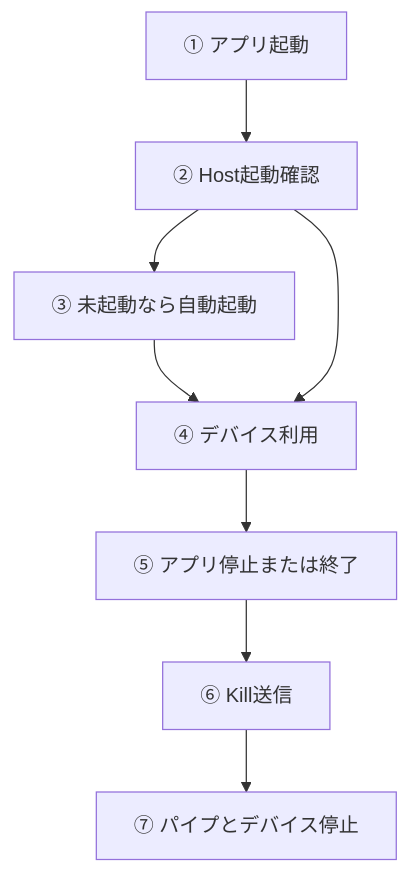
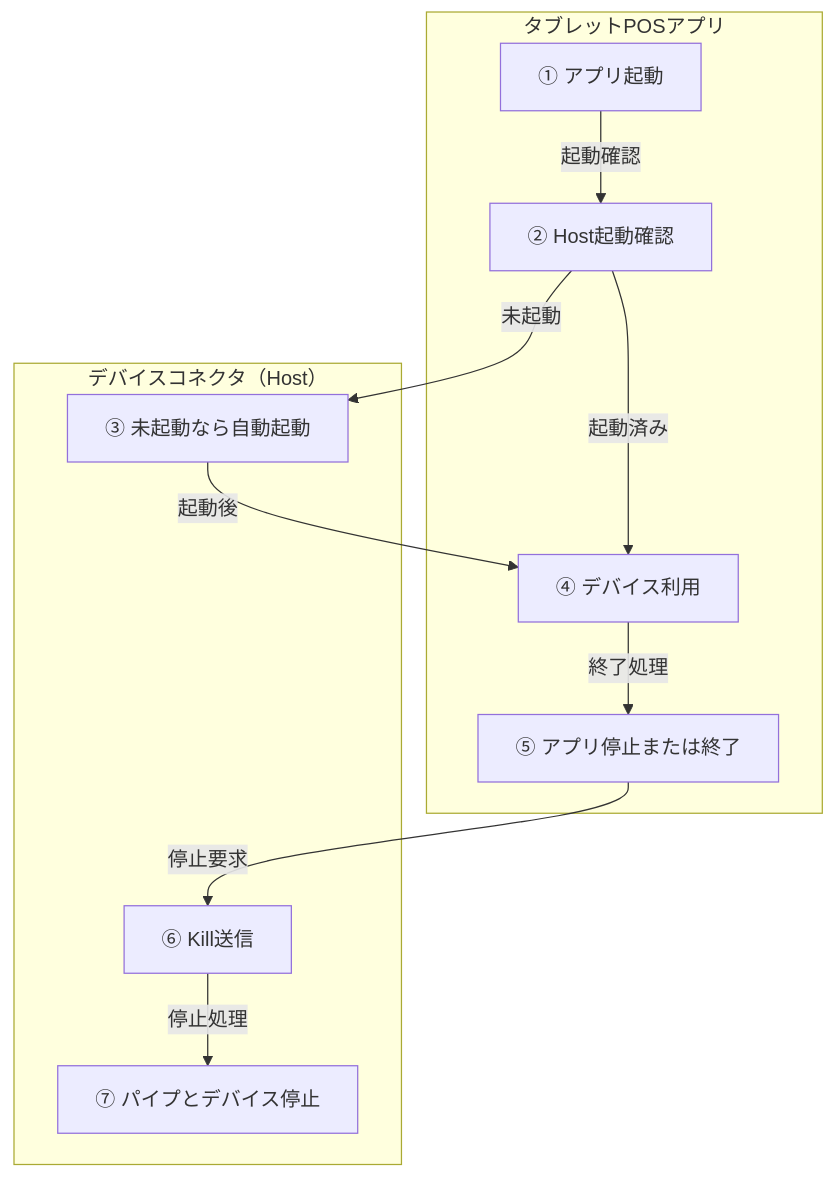
Before and after one commit to vti-sam/smj-ks-pos-stored: the third of 3 diagrams in artifacts/reports/architecture/ARCH-HOST-01_タブレットPOS_デバイスコネクタ基本設計書/ARCH-HOST-01_タブレットPOS_デバイスコネクタ基本設計書.md, drawn with Mermaid. The commit also changed other lines of this file and 9 other files, not shown here.

````diff
--- a/artifacts/reports/architecture/ARCH-HOST-01_タブレットPOS_デバイスコネクタ基本設計書/ARCH-HOST-01_タブレットPOS_デバイスコネクタ基本設計書.md
+++ b/artifacts/reports/architecture/ARCH-HOST-01_タブレットPOS_デバイスコネクタ基本設計書/ARCH-HOST-01_タブレットPOS_デバイスコネクタ基本設計書.md
@@ -269,12 +313,21 @@
 ```mermaid
 flowchart TD
-    L1["① アプリ起動"]
-    L2["② Host起動確認"]
-    L3["③ 未起動なら自動起動"]
-    L4["④ デバイス利用"]
-    L5["⑤ アプリ停止または終了"]
-    L6["⑥ Kill送信"]
-    L7["⑦ パイプとデバイス停止"]
-    L1 --> L2 --> L3 --> L4 --> L5 --> L6 --> L7
-    L2 --> L4
+    subgraph APP["タブレットPOSアプリ"]
+        L1["① アプリ起動"]
+        L2["② Host起動確認"]
+        L4["④ デバイス利用"]
+        L5["⑤ アプリ停止または終了"]
+    end
+    subgraph HOST["デバイスコネクタ（Host）"]
+        L3["③ 未起動なら自動起動"]
+        L6["⑥ Kill送信"]
+        L7["⑦ パイプとデバイス停止"]
+    end
+    L1 -->|起動確認| L2
+    L2 -->|未起動| L3
+    L2 -->|起動済み| L4
+    L3 -->|起動後| L4
+    L4 -->|終了処理| L5
+    L5 -->|停止要求| L6
+    L6 -->|停止処理| L7
 ```
````
